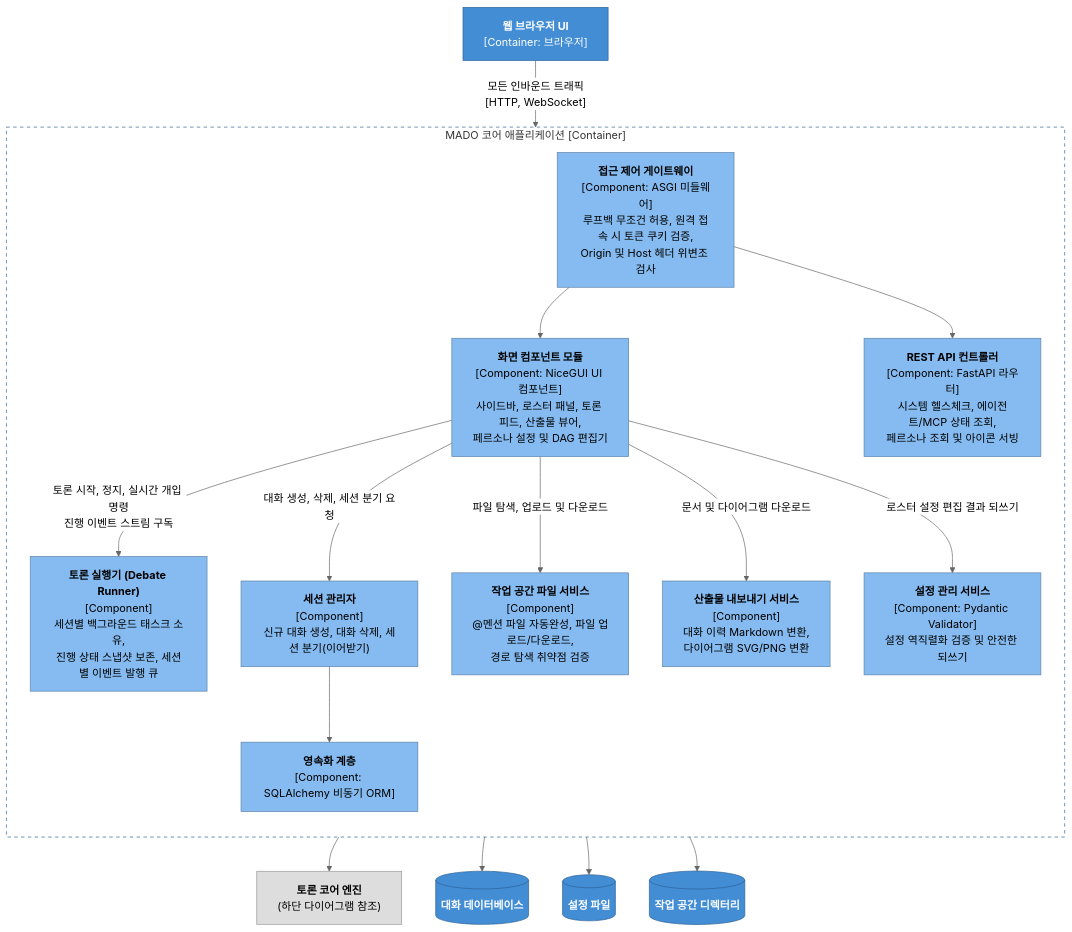
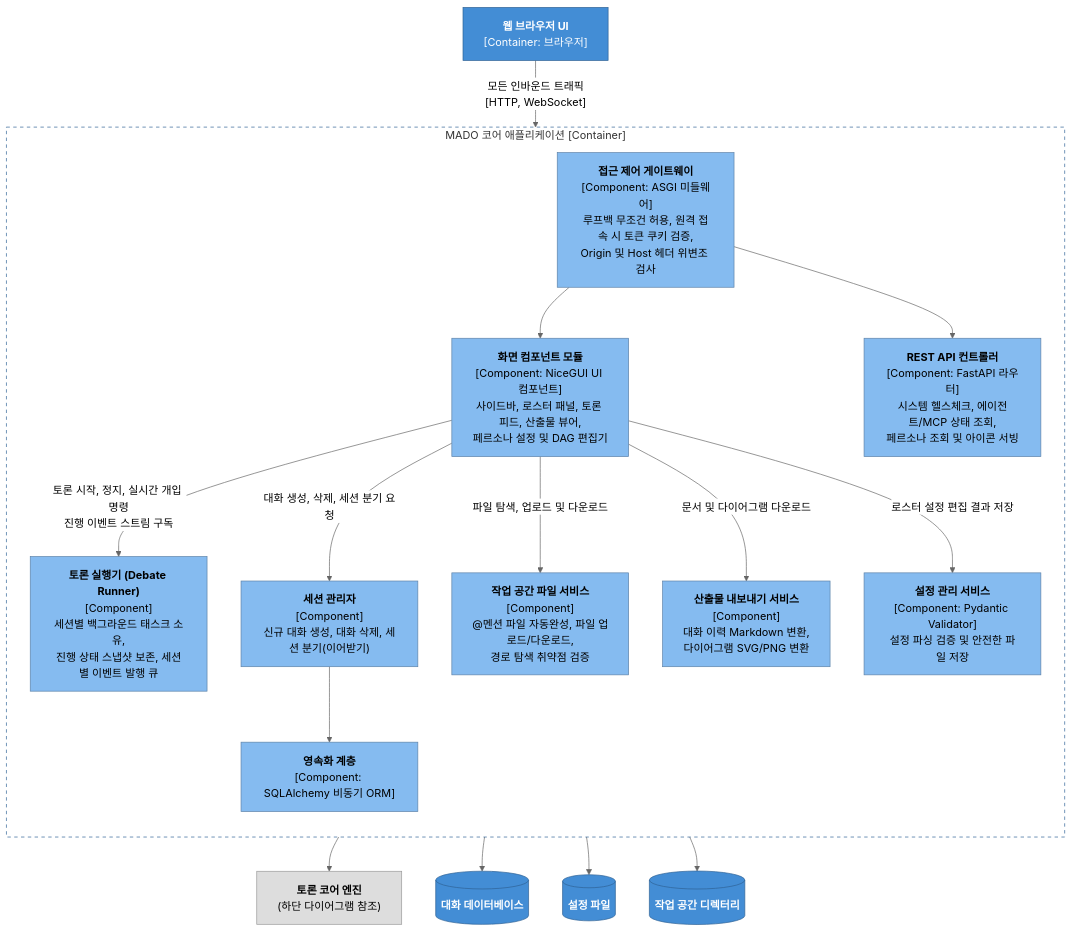
One commit to HaJaehee/MultiAgentDebateAndOrchestrationPlatform changed the third of 7 diagrams in lectures/03-architecture/01-static-view.md. Above: the diagram before and after it, drawn with Mermaid (neutral theme). The commit also changed other lines of this file and 55 other files, not shown here.

````diff
--- a/lectures/03-architecture/01-static-view.md
+++ b/lectures/03-architecture/01-static-view.md
@@ -123,44 +123,44 @@
 ```mermaid
 flowchart TB
     browser["<b>웹 브라우저 UI</b><br/>[Container: 브라우저]"]
 
     subgraph appc["MADO 코어 애플리케이션 [Container]"]
         direction TB
         gate["<b>접근 제어 게이트웨이</b><br/>[Component: ASGI 미들웨어]<br/>루프백 무조건 허용, 원격 접속 시 토큰 쿠키 검증,<br/>Origin 및 Host 헤더 위변조 검사"]
         pages["<b>화면 컴포넌트 모듈</b><br/>[Component: NiceGUI UI 컴포넌트]<br/>사이드바, 로스터 패널, 토론 피드, 산출물 뷰어,<br/>페르소나 설정 및 DAG 편집기"]
         api["<b>REST API 컨트롤러</b><br/>[Component: FastAPI 라우터]<br/>시스템 헬스체크, 에이전트/MCP 상태 조회,<br/>페르소나 조회 및 아이콘 서빙"]
         runner["<b>토론 실행기 (Debate Runner)</b><br/>[Component]<br/>세션별 백그라운드 태스크 소유,<br/>진행 상태 스냅샷 보존, 세션별 이벤트 발행 큐"]
         sessops["<b>세션 관리자</b><br/>[Component]<br/>신규 대화 생성, 대화 삭제, 세션 분기(이어받기)"]
         wsfiles["<b>작업 공간 파일 서비스</b><br/>[Component]<br/>@멘션 파일 자동완성, 파일 업로드/다운로드,<br/>경로 탐색 취약점 검증"]
         export["<b>산출물 내보내기 서비스</b><br/>[Component]<br/>대화 이력 Markdown 변환,<br/>다이어그램 SVG/PNG 변환"]
-        config["<b>설정 관리 서비스</b><br/>[Component: Pydantic Validator]<br/>설정 역직렬화 검증 및 안전한 되쓰기"]
+        config["<b>설정 관리 서비스</b><br/>[Component: Pydantic Validator]<br/>설정 파싱 검증 및 안전한 파일 저장"]
         persist["<b>영속화 계층</b><br/>[Component: SQLAlchemy 비동기 ORM]"]
     end
 
     core["<b>토론 코어 엔진</b><br/>(하단 다이어그램 참조)"]
     db[("<b>대화 데이터베이스</b>")]
     conf[("<b>설정 파일</b>")]
     ws[("<b>작업 공간 디렉터리</b>")]
 
     browser -->|"모든 인바운드 트래픽<br/>[HTTP, WebSocket]"| gate
     gate --> pages
     gate --> api
     pages -->|"토론 시작, 정지, 실시간 개입 명령<br/>진행 이벤트 스트림 구독"| runner
     pages -->|"대화 생성, 삭제, 세션 분기 요청"| sessops
     pages -->|"파일 탐색, 업로드 및 다운로드"| wsfiles
     pages -->|"문서 및 다이어그램 다운로드"| export
-    pages -->|"로스터 설정 편집 결과 되쓰기"| config
+    pages -->|"로스터 설정 편집 결과 저장"| config
     runner --> core
     sessops --> persist
     persist --> db
     config --> conf
     wsfiles --> ws
 
     classDef container fill:#438dd5,stroke:#2e6295,color:#ffffff
     classDef component fill:#85bbf0,stroke:#5d82a8,color:#000000
     classDef other fill:#dddddd,stroke:#999999,color:#000000
     class browser,db,conf,ws container
     class gate,pages,api,runner,sessops,wsfiles,export,config,persist component
     class core other
     style appc fill:none,stroke:#2e6295,stroke-dasharray:5 5
 ```
````
